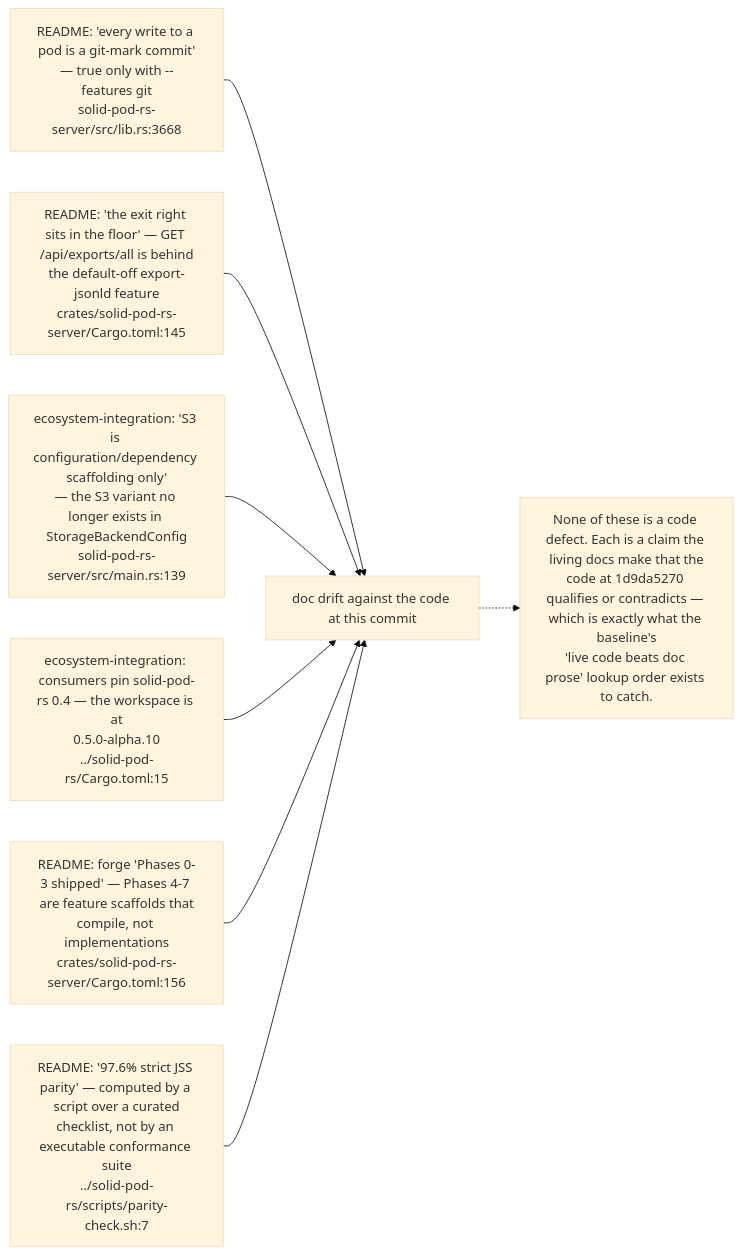
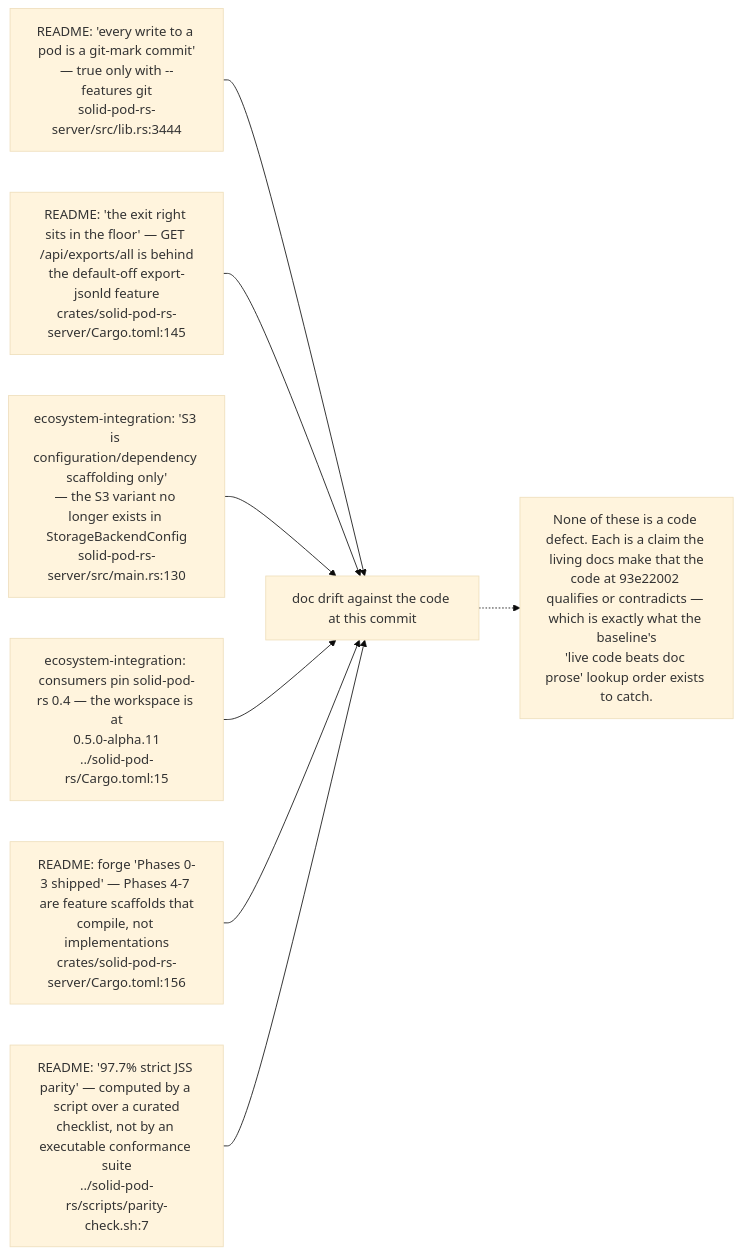
The seventh of 12 diagrams in docs/diagrams/solid-pod-rs/10-failure-modes-and-invariants.md (DreamLab-AI/VisionFlow), drawn with Mermaid (base theme) before and after one commit. The commit also changed other lines of this file and 111 other files, not shown here.

Commit message:
docs(diagrams): align estate maps with current source

````diff
--- a/docs/diagrams/solid-pod-rs/10-failure-modes-and-invariants.md
+++ b/docs/diagrams/solid-pod-rs/10-failure-modes-and-invariants.md
@@ -200,19 +199,19 @@
 ```mermaid
 flowchart LR
-    R1["README: 'every write to a pod is a git-mark commit'<br/>— true only with --features git<br/>solid-pod-rs-server/src/lib.rs:3668"]
+    R1["README: 'every write to a pod is a git-mark commit'<br/>— true only with --features git<br/>solid-pod-rs-server/src/lib.rs:3444"]
     R2["README: 'the exit right sits in the floor' — GET /api/exports/all is behind<br/>the default-off export-jsonld feature<br/>crates/solid-pod-rs-server/Cargo.toml:145"]
-    R3["ecosystem-integration: 'S3 is configuration/dependency scaffolding only'<br/>— the S3 variant no longer exists in StorageBackendConfig<br/>solid-pod-rs-server/src/main.rs:139"]
-    R4["ecosystem-integration: consumers pin solid-pod-rs 0.4 — the workspace is at<br/>0.5.0-alpha.10<br/>../solid-pod-rs/Cargo.toml:15"]
+    R3["ecosystem-integration: 'S3 is configuration/dependency scaffolding only'<br/>— the S3 variant no longer exists in StorageBackendConfig<br/>solid-pod-rs-server/src/main.rs:130"]
+    R4["ecosystem-integration: consumers pin solid-pod-rs 0.4 — the workspace is at<br/>0.5.0-alpha.11<br/>../solid-pod-rs/Cargo.toml:15"]
     R5["README: forge 'Phases 0-3 shipped' — Phases 4-7 are feature scaffolds that<br/>compile, not implementations<br/>crates/solid-pod-rs-server/Cargo.toml:156"]
-    R6["README: '97.6% strict JSS parity' — computed by a script over a curated<br/>checklist, not by an executable conformance suite<br/>../solid-pod-rs/scripts/parity-check.sh:7"]
+    R6["README: '97.7% strict JSS parity' — computed by a script over a curated<br/>checklist, not by an executable conformance suite<br/>../solid-pod-rs/scripts/parity-check.sh:7"]
 
     R1 --> REG["doc drift against the code at this commit"]
     R2 --> REG
     R3 --> REG
     R4 --> REG
     R5 --> REG
     R6 --> REG
 
-    N["None of these is a code defect. Each is a claim the living docs make that the<br/>code at 1d9da5270 qualifies or contradicts — which is exactly what the baseline's<br/>'live code beats doc prose' lookup order exists to catch."]
+    N["None of these is a code defect. Each is a claim the living docs make that the<br/>code at 93e22002 qualifies or contradicts — which is exactly what the baseline's<br/>'live code beats doc prose' lookup order exists to catch."]
     REG -.-> N
 ```
````
